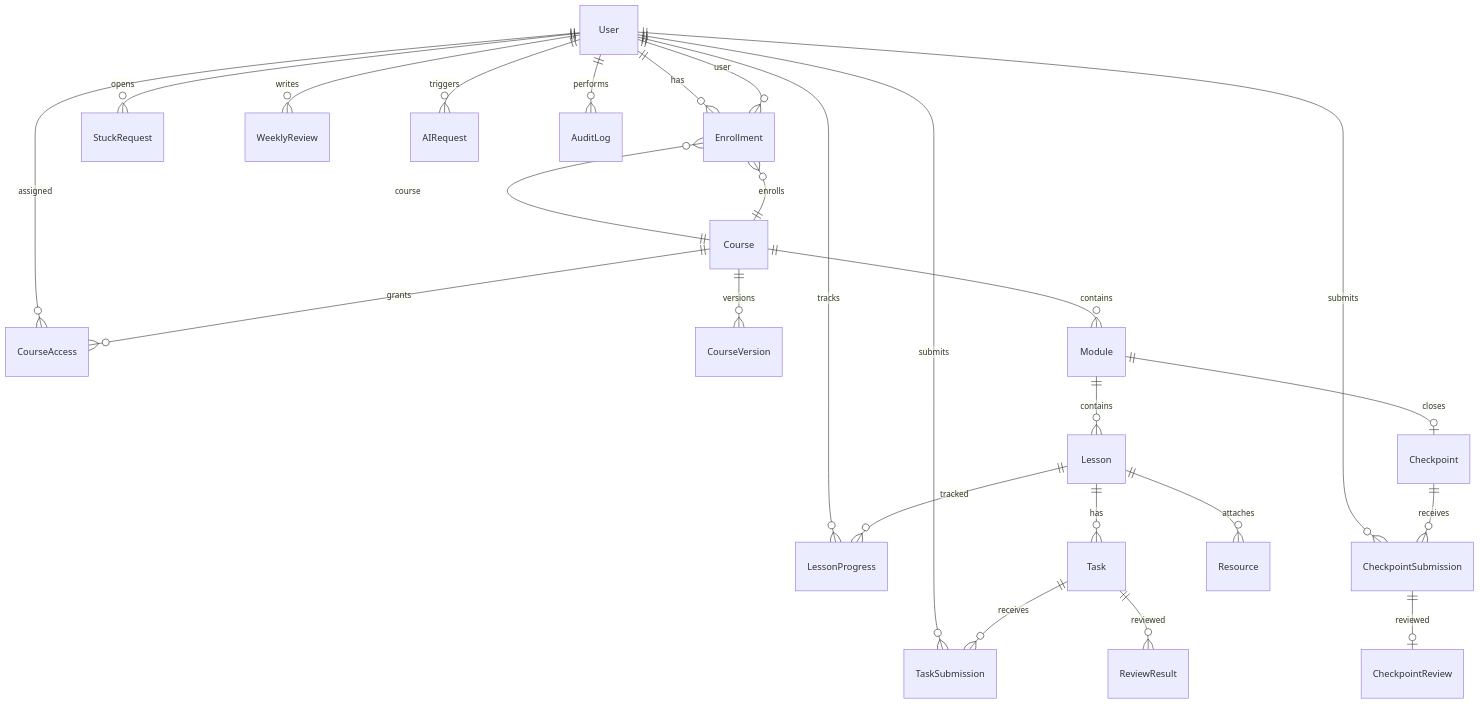
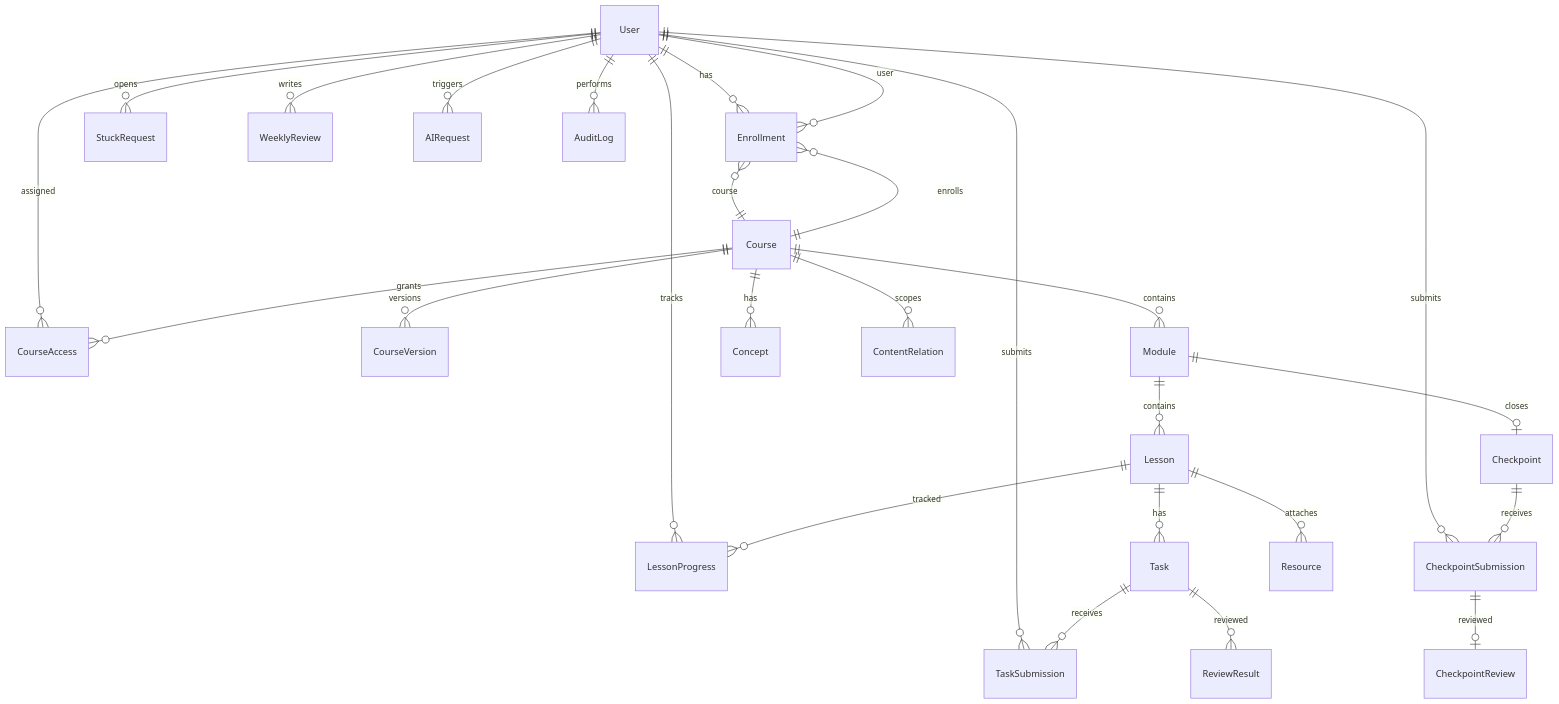
The diagram in docs/architecture/DATABASE_MODEL.md (effexorxruser/personal-lms), drawn with Mermaid before and after one commit. The commit also changed other lines of this file and 7 other files, not shown here.

First line of the commit message:
docs: Course Knowledge Graph и синхронизация guardrails

````diff
--- a/docs/architecture/DATABASE_MODEL.md
+++ b/docs/architecture/DATABASE_MODEL.md
@@ -21,33 +21,35 @@
 ```mermaid
 erDiagram
   User ||--o{ Enrollment : has
   User ||--o{ LessonProgress : tracks
   User ||--o{ TaskSubmission : submits
   User ||--o{ CheckpointSubmission : submits
   User ||--o{ StuckRequest : opens
   User ||--o{ WeeklyReview : writes
   User ||--o{ AIRequest : triggers
   User ||--o{ CourseAccess : assigned
   User ||--o{ AuditLog : performs
 
   Course ||--o{ CourseVersion : versions
   Course ||--o{ Module : contains
   Course ||--o{ Enrollment : enrolls
   Course ||--o{ CourseAccess : grants
+  Course ||--o{ Concept : has
+  Course ||--o{ ContentRelation : scopes
 
   Module ||--o{ Lesson : contains
   Module ||--o| Checkpoint : closes
 
   Lesson ||--o{ Task : has
   Lesson ||--o{ Resource : attaches
   Lesson ||--o{ LessonProgress : tracked
 
   Task ||--o{ TaskSubmission : receives
   Task ||--o{ ReviewResult : reviewed
 
   Checkpoint ||--o{ CheckpointSubmission : receives
   CheckpointSubmission ||--o| CheckpointReview : reviewed
 
   Enrollment }o--|| User : user
   Enrollment }o--|| Course : course
 ```
````
